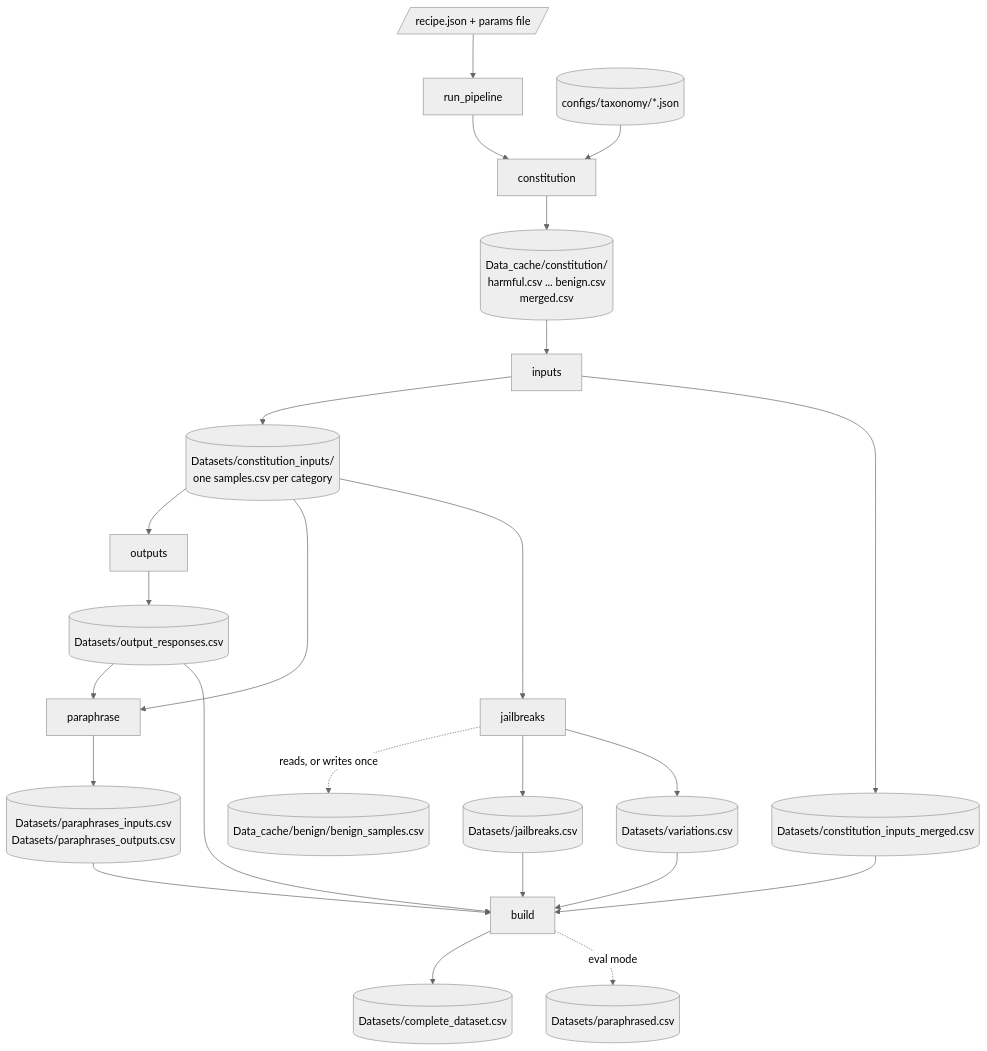
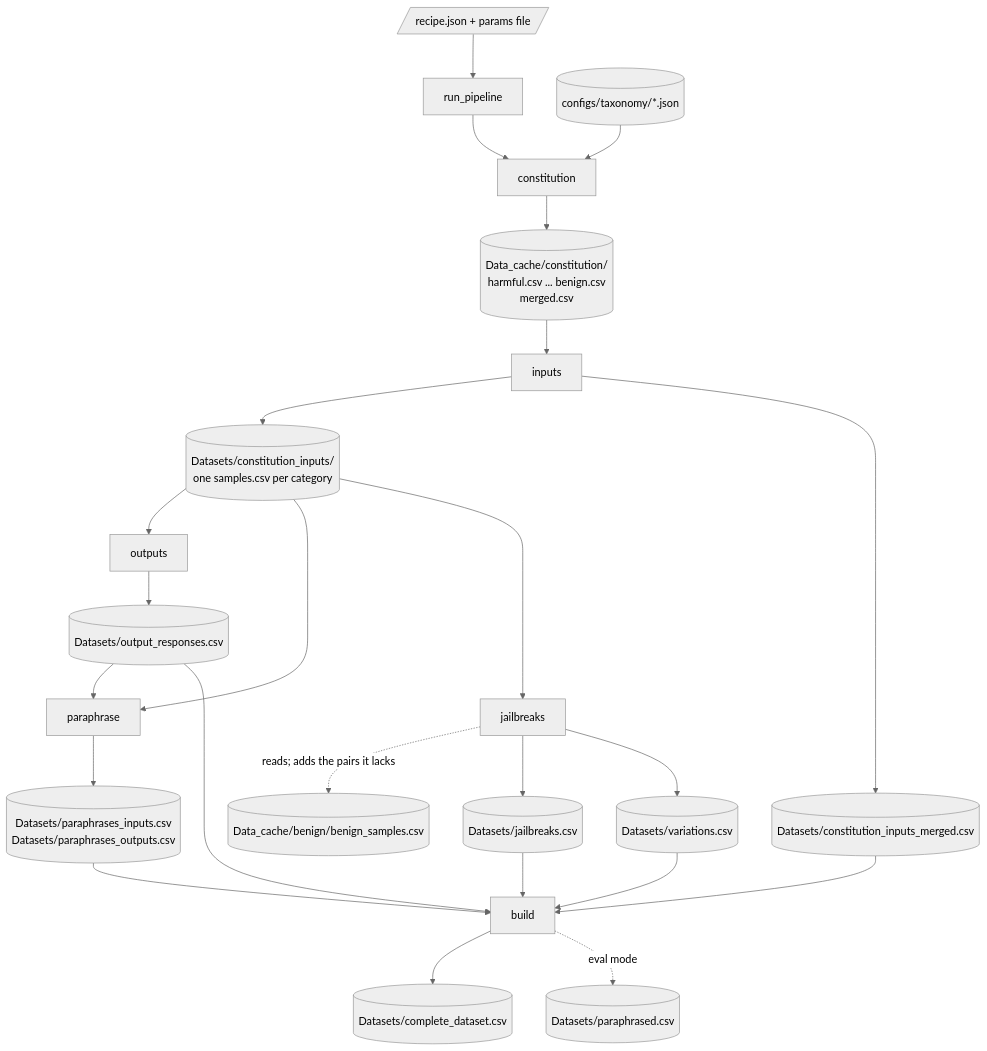
One commit to CentreSecuriteIA/REDACT changed the diagram in docs/overview.md. Above: the diagram before and after it, drawn with Mermaid (neutral theme). The commit also changed other lines of this file and 14 other files, not shown here.

First line of the commit message:
Document the benign data on the pool, the GPU preflight, the second-signal exit and the other changes since docs/ was written

````diff
--- a/docs/overview.md
+++ b/docs/overview.md
@@ -43,26 +44,26 @@
 ```mermaid
 flowchart TD
     recipe[/"recipe.json + params file"/] --> driver["run_pipeline"]
     taxonomy[("configs/taxonomy/*.json")] --> constitution
     driver --> constitution["constitution"]
     constitution --> const[("Data_cache/constitution/<br/>harmful.csv ... benign.csv<br/>merged.csv")]
     const --> inputs["inputs"]
     inputs --> tree[("Datasets/constitution_inputs/<br/>one samples.csv per category")]
     inputs --> merged[("Datasets/constitution_inputs_merged.csv")]
     tree --> outputs["outputs"]
     tree --> paraphrase["paraphrase"]
     tree --> jailbreaks["jailbreaks"]
     outputs --> resp[("Datasets/output_responses.csv")]
     resp --> paraphrase
     paraphrase --> para[("Datasets/paraphrases_inputs.csv<br/>Datasets/paraphrases_outputs.csv")]
-    jailbreaks -.->|"reads, or writes once"| benign[("Data_cache/benign/benign_samples.csv")]
+    jailbreaks -.->|"reads; adds the pairs it lacks"| benign[("Data_cache/benign/benign_samples.csv")]
     jailbreaks --> jb[("Datasets/jailbreaks.csv")]
     jailbreaks --> var[("Datasets/variations.csv")]
     merged --> build["build"]
     resp --> build
     para --> build
     jb --> build
     var --> build
     build --> complete[("Datasets/complete_dataset.csv")]
     build -.->|eval mode| parad[("Datasets/paraphrased.csv")]
 ```
````
